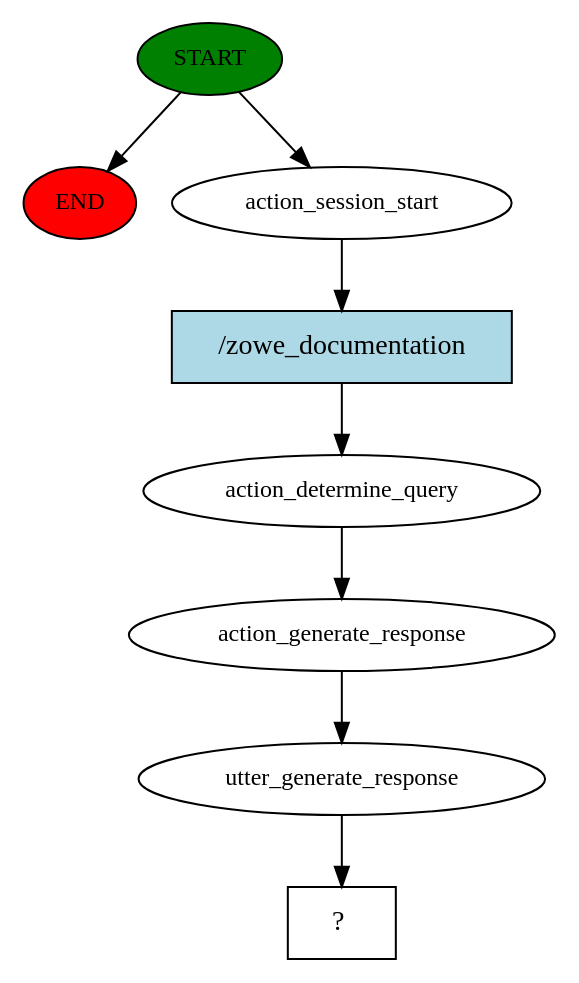
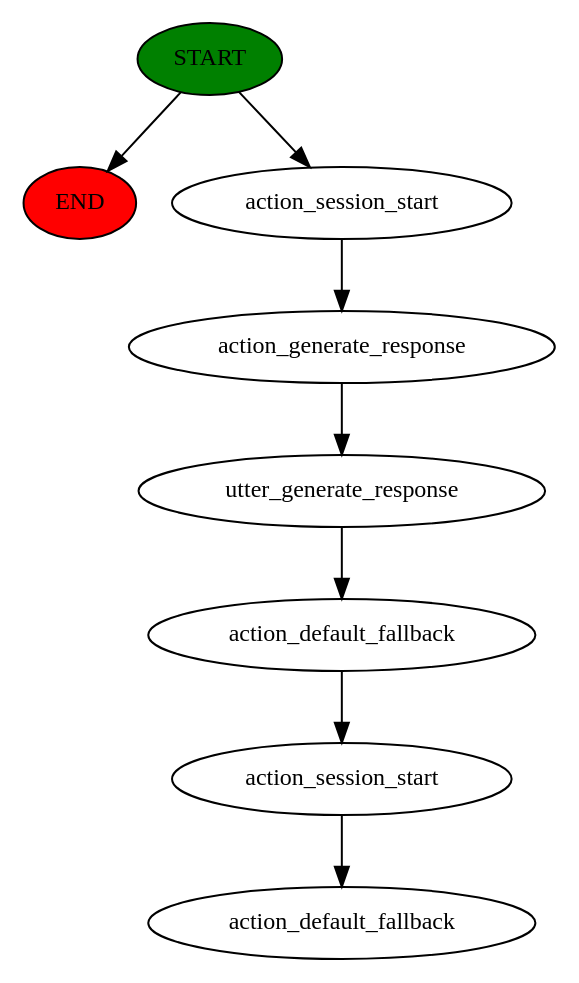
One commit to ATorrise/chatbot changed the diagram in rasaProject/story_graph.dot. Above: the diagram before and after it, drawn with Graphviz. The commit also changed 3 other files, not shown here.

```diff
--- a/rasaProject/story_graph.dot
+++ b/rasaProject/story_graph.dot
@@ -1,17 +1,17 @@
 digraph  {
 0 [class="start active", fillcolor=green, fontsize=12, label=START, style=filled];
 "-1" [class=end, fillcolor=red, fontsize=12, label=END, style=filled];
 1 [class=active, fontsize=12, label=action_session_start];
-2 [class=active, fontsize=12, label=action_determine_query];
-3 [class=active, fontsize=12, label=action_generate_response];
-4 [class=active, fontsize=12, label=utter_generate_response];
-5 [class="intent dashed active", label="  ?  ", shape=rect];
-6 [class="intent active", fillcolor=lightblue, label="/zowe_documentation", shape=rect, style=filled];
+2 [class=active, fontsize=12, label=action_generate_response];
+3 [class=active, fontsize=12, label=utter_generate_response];
+4 [class=active, fontsize=12, label=action_default_fallback];
+5 [class=active, fontsize=12, label=action_session_start];
+6 [class="dashed active", fontsize=12, label=action_default_fallback];
 0 -> "-1"  [class="", key=NONE, label=""];
 0 -> 1  [class=active, key=NONE, label=""];
-1 -> 6  [class=active, key=0];
+1 -> 2  [class=active, key=NONE, label=""];
 2 -> 3  [class=active, key=NONE, label=""];
 3 -> 4  [class=active, key=NONE, label=""];
 4 -> 5  [class=active, key=NONE, label=""];
-6 -> 2  [class=active, key=0];
+5 -> 6  [class=active, key=NONE, label=""];
 }
```
